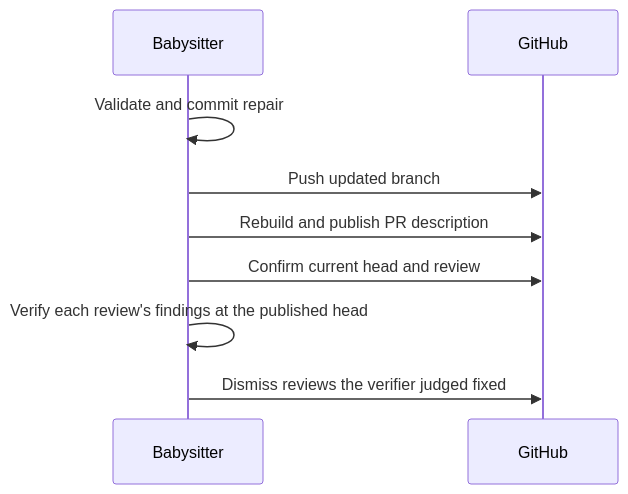
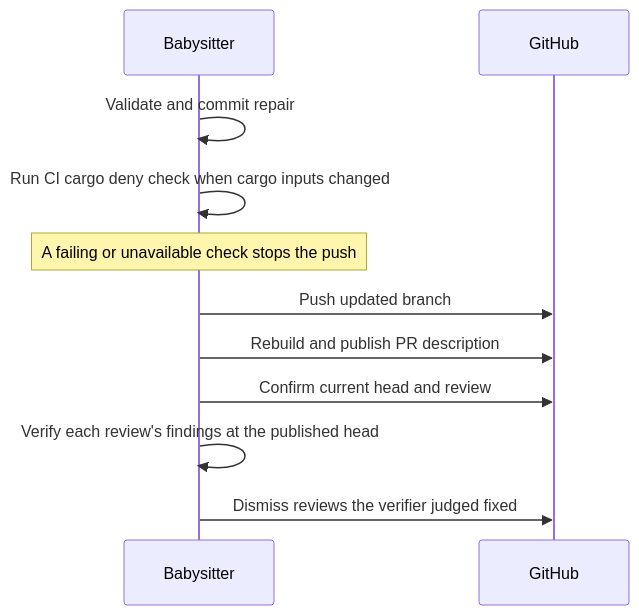
Before and after one commit to stSoftwareAU/VibeCoder: the first of 2 diagrams in docs/workflows/fleet-pr-babysitter.md, drawn with Mermaid. The commit also changed other lines of this file and 10 other files, not shown here.

````diff
--- a/docs/workflows/fleet-pr-babysitter.md
+++ b/docs/workflows/fleet-pr-babysitter.md
@@ -48,11 +53,13 @@
 ```mermaid
 sequenceDiagram
     participant B as Babysitter
     participant G as GitHub
     B->>B: Validate and commit repair
+    B->>B: Run CI cargo deny check when cargo inputs changed
+    Note over B: A failing or unavailable check stops the push
     B->>G: Push updated branch
     B->>G: Rebuild and publish PR description
     B->>G: Confirm current head and review
     B->>B: Verify each review's findings at the published head
     B->>G: Dismiss reviews the verifier judged fixed
 ```
````
